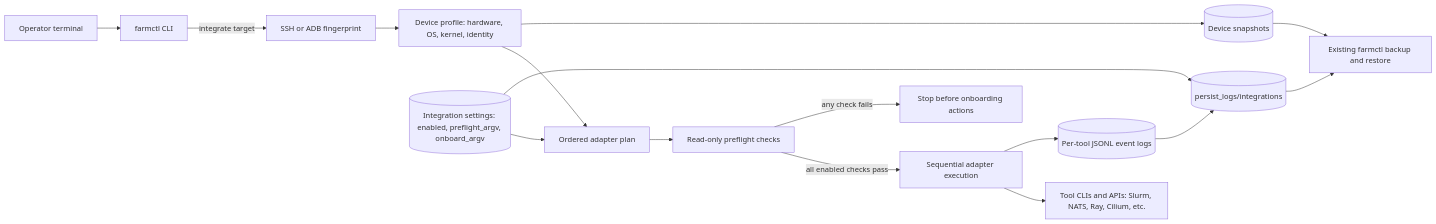
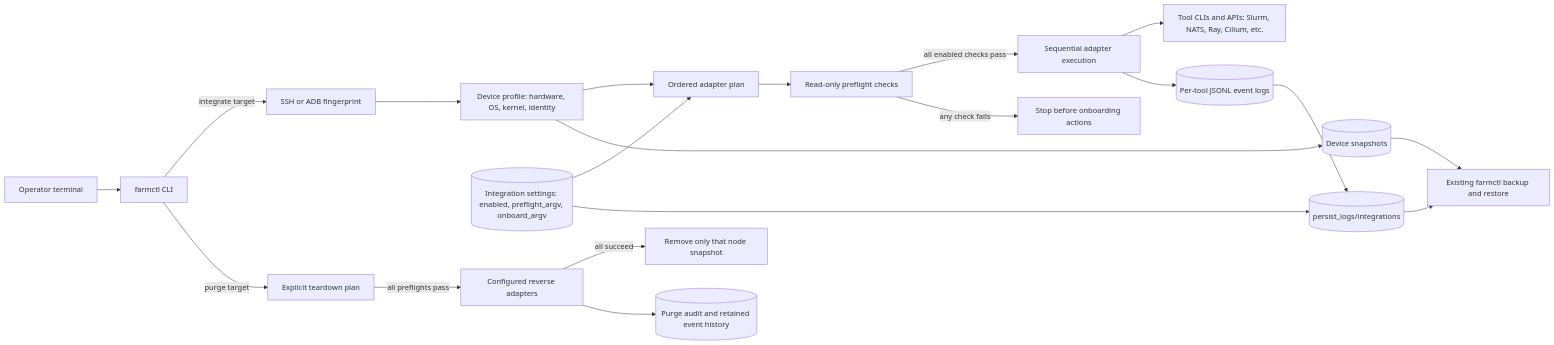
One commit to NRAEnterprises/farmctl changed the diagram in README.md. Above: the diagram before and after it, drawn with Mermaid. The commit also changed other lines of this file and 6 other files, not shown here.

Commit message:
Add adapter tests, CLI reference, and node purge

````diff
--- a/README.md
+++ b/README.md
@@ -51,18 +51,22 @@
 ```mermaid
 flowchart LR
     OP[Operator terminal] --> CLI[farmctl CLI]
     CLI -->|integrate target| FP[SSH or ADB fingerprint]
     FP --> PROF[Device profile: hardware, OS, kernel, identity]
     PROF --> PLAN[Ordered adapter plan]
     CFG[(Integration settings: enabled, preflight_argv, onboard_argv)] --> PLAN
     PLAN --> PRE[Read-only preflight checks]
     PRE -->|all enabled checks pass| APPLY[Sequential adapter execution]
     PRE -->|any check fails| STOP[Stop before onboarding actions]
     APPLY --> EXT[Tool CLIs and APIs: Slurm, NATS, Ray, Cilium, etc.]
     PROF --> INV[(Device snapshots)]
     APPLY --> EVT[(Per-tool JSONL event logs)]
     CFG --> STORE[(persist_logs/integrations)]
     EVT --> STORE
     STORE --> BACKUP[Existing farmctl backup and restore]
     INV --> BACKUP
+    CLI -->|purge target| REV[Explicit teardown plan]
+    REV -->|all preflights pass| TEAR[Configured reverse adapters]
+    TEAR -->|all succeed| DEL[Remove only that node snapshot]
+    TEAR --> AUDIT[(Purge audit and retained event history)]
 ```
````
